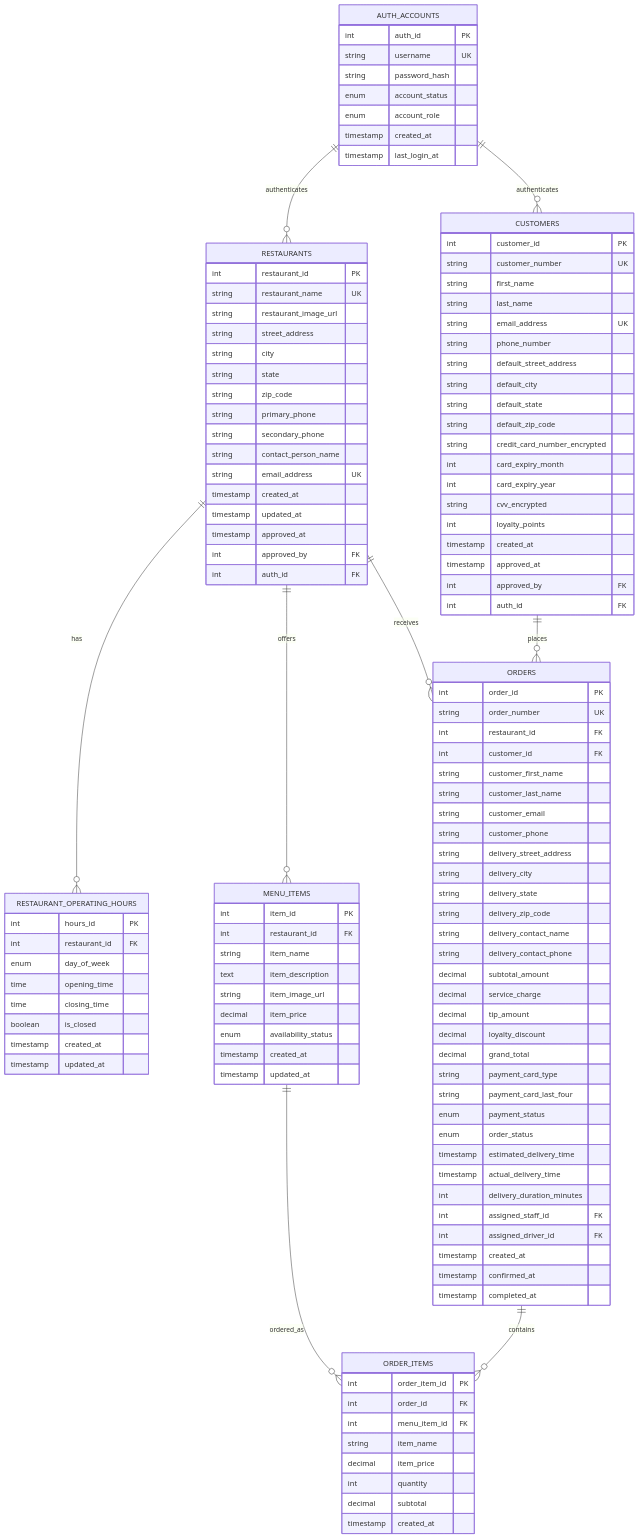
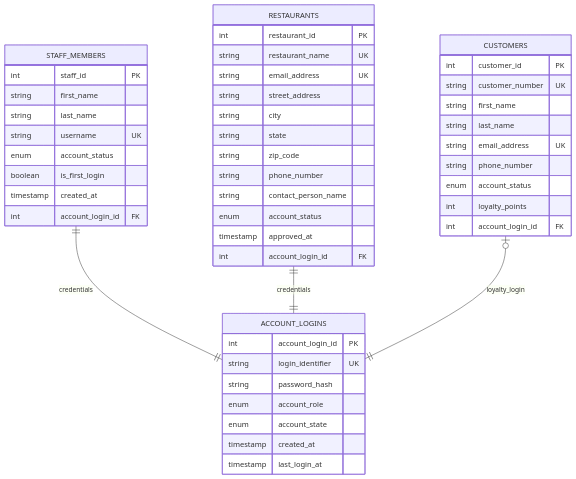
Before and after one commit to kassi-bertrand/frontdash: the first of 4 diagrams in docs/frontdash-database-design.md, drawn with Mermaid. The commit also changed other lines of this file, not shown here.

Commit message:
docs: refresh database design diagrams

````diff
--- a/docs/frontdash-database-design.md
+++ b/docs/frontdash-database-design.md
@@ -499,132 +368,54 @@
 ```mermaid
 erDiagram
-    AUTH_ACCOUNTS {
-        int auth_id PK
-        string username UK
-        string password_hash
-        enum account_status
-        enum account_role
-        timestamp created_at
-        timestamp last_login_at
-    }
+  ACCOUNT_LOGINS {
+    int account_login_id PK
+    string login_identifier UK
+    string password_hash
+    enum account_role
+    enum account_state
+    timestamp created_at
+    timestamp last_login_at
+  }
 
-    RESTAURANTS {
-        int restaurant_id PK
-        string restaurant_name UK
-        string restaurant_image_url
-        string street_address
-        string city
-        string state
-        string zip_code
-        string primary_phone
-        string secondary_phone
-        string contact_person_name
-        string email_address UK
-        timestamp created_at
-        timestamp updated_at
-        timestamp approved_at
-        int approved_by FK
-        int auth_id FK
-    }
-    
-    RESTAURANT_OPERATING_HOURS {
-        int hours_id PK
-        int restaurant_id FK
-        enum day_of_week
-        time opening_time
-        time closing_time
-        boolean is_closed
-        timestamp created_at
-        timestamp updated_at
-    }
-    
-    MENU_ITEMS {
-        int item_id PK
-        int restaurant_id FK
-        string item_name
-        text item_description
-        string item_image_url
-        decimal item_price
-        enum availability_status
-        timestamp created_at
-        timestamp updated_at
-    }
-    
-    ORDERS {
-        int order_id PK
-        string order_number UK
-        int restaurant_id FK
-        int customer_id FK
-        string customer_first_name
-        string customer_last_name
-        string customer_email
-        string customer_phone
-        string delivery_street_address
-        string delivery_city
-        string delivery_state
-        string delivery_zip_code
-        string delivery_contact_name
-        string delivery_contact_phone
-        decimal subtotal_amount
-        decimal service_charge
-        decimal tip_amount
-        decimal loyalty_discount
-        decimal grand_total
-        string payment_card_type
-        string payment_card_last_four
-        enum payment_status
-        enum order_status
-        timestamp estimated_delivery_time
-        timestamp actual_delivery_time
-        int delivery_duration_minutes
-        int assigned_staff_id FK
-        int assigned_driver_id FK
-        timestamp created_at
-        timestamp confirmed_at
-        timestamp completed_at
-    }
-    
-    ORDER_ITEMS {
-        int order_item_id PK
-        int order_id FK
-        int menu_item_id FK
-        string item_name
-        decimal item_price
-        int quantity
-        decimal subtotal
-        timestamp created_at
-    }
-    
-    CUSTOMERS {
-        int customer_id PK
-        string customer_number UK
-        string first_name
-        string last_name
-        string email_address UK
-        string phone_number
-        string default_street_address
-        string default_city
-        string default_state
-        string default_zip_code
-        string credit_card_number_encrypted
-        int card_expiry_month
-        int card_expiry_year
-        string cvv_encrypted
-        int loyalty_points
-        timestamp created_at
-        timestamp approved_at
-        int approved_by FK
-        int auth_id FK
-    }
-    
-    AUTH_ACCOUNTS ||--o{ RESTAURANTS : authenticates
-    AUTH_ACCOUNTS ||--o{ CUSTOMERS : authenticates
+  STAFF_MEMBERS {
+    int staff_id PK
+    string first_name
+    string last_name
+    string username UK
+    enum account_status
+    boolean is_first_login
+    timestamp created_at
+    int account_login_id FK
+  }
 
-    RESTAURANTS ||--o{ RESTAURANT_OPERATING_HOURS : has
-    RESTAURANTS ||--o{ MENU_ITEMS : offers
-    RESTAURANTS ||--o{ ORDERS : receives
-    CUSTOMERS ||--o{ ORDERS : places
-    ORDERS ||--o{ ORDER_ITEMS : contains
-    MENU_ITEMS ||--o{ ORDER_ITEMS : ordered_as
+  RESTAURANTS {
+    int restaurant_id PK
+    string restaurant_name UK
+    string email_address UK
+    string street_address
+    string city
+    string state
+    string zip_code
+    string phone_number
+    string contact_person_name
+    enum account_status
+    timestamp approved_at
+    int account_login_id FK
+  }
 
+  CUSTOMERS {
+    int customer_id PK
+    string customer_number UK
+    string first_name
+    string last_name
+    string email_address UK
+    string phone_number
+    enum account_status
+    int loyalty_points
+    int account_login_id FK
+  }
+
+  STAFF_MEMBERS ||--|| ACCOUNT_LOGINS : credentials
+  RESTAURANTS  ||--|| ACCOUNT_LOGINS : credentials
+  CUSTOMERS   o|--|| ACCOUNT_LOGINS : loyalty_login
 ```
````
